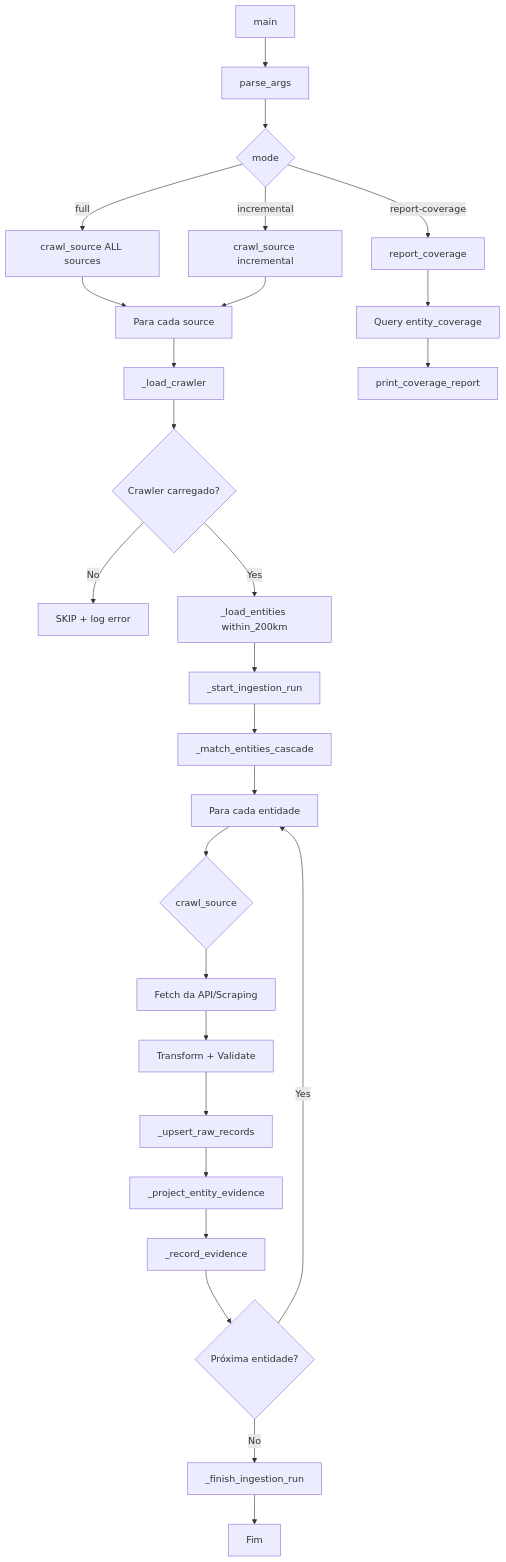
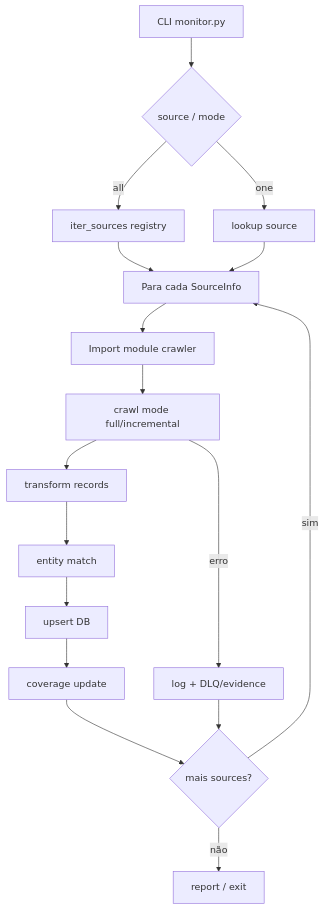
Before and after one commit to tjsasakifln/extra-cli: the first of 4 diagrams in _reversa_sdd/flowcharts/crawl.md, drawn with Mermaid. The commit also changed other lines of this file and 164 other files, not shown here.

````diff
--- a/_reversa_sdd/flowcharts/crawl.md
+++ b/_reversa_sdd/flowcharts/crawl.md
@@ -7,35 +7,19 @@
 ```mermaid
 flowchart TD
-    A[main] --> B[parse_args]
-    B --> C{mode}
-    C -->|full| D[crawl_source ALL sources]
-    C -->|incremental| E[crawl_source incremental]
-    C -->|report-coverage| F[report_coverage]
-
-    D --> G[Para cada source]
-    E --> G
-
-    G --> H[_load_crawler]
-    H --> I{Crawler carregado?}
-    I -->|No| J[SKIP + log error]
-    I -->|Yes| K[_load_entities within_200km]
-
-    K --> L[_start_ingestion_run]
-    L --> M[_match_entities_cascade]
-
-    M --> N[Para cada entidade]
-    N --> O{crawl_source}
-    O --> P[Fetch da API/Scraping]
-    P --> Q[Transform + Validate]
-    Q --> R[_upsert_raw_records]
-    R --> S[_project_entity_evidence]
-    S --> T[_record_evidence]
-
-    T --> U{Próxima entidade?}
-    U -->|Yes| N
-    U -->|No| V[_finish_ingestion_run]
-    V --> W[Fim]
-
-    F --> X[Query entity_coverage]
-    X --> Y[print_coverage_report]
+    A[CLI monitor.py] --> B{source / mode}
+    B -->|all| C[iter_sources registry]
+    B -->|one| D[lookup source]
+    C --> E[Para cada SourceInfo]
+    D --> E
+    E --> F[Import module crawler]
+    F --> G[crawl mode full/incremental]
+    G --> H[transform records]
+    H --> I[entity match]
+    I --> J[upsert DB]
+    J --> K[coverage update]
+    K --> L{mais sources?}
+    L -->|sim| E
+    L -->|não| M[report / exit]
+    G -->|erro| N[log + DLQ/evidence]
+    N --> L
 ```
````
